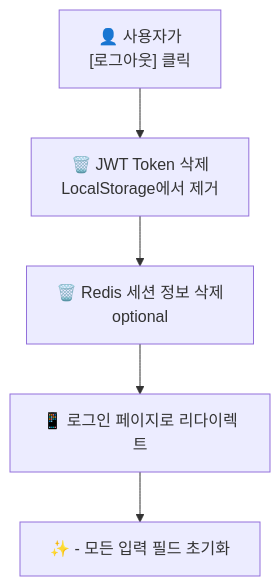
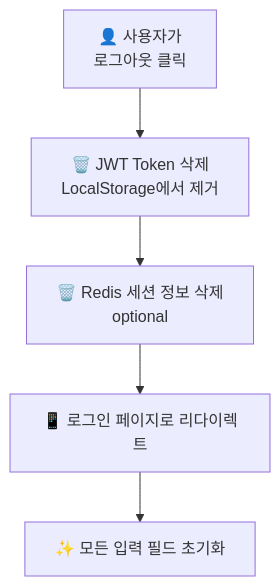
One commit to hamonia777/Real-time-sign-language-translation-service-Backend changed diagram 14 of 15 in doc/USER_FLOW.md. Above: the diagram before and after it, drawn with Mermaid. The commit also changed other lines of this file, not shown here.

Commit message:
FIX : mermaid 코드 에러 수정

````diff
--- a/doc/USER_FLOW.md
+++ b/doc/USER_FLOW.md
@@ -287,7 +304,7 @@
 ```mermaid
 graph TD
-    A["👤 사용자가<br/>[로그아웃] 클릭"] --> B["🗑️ JWT Token 삭제<br/>LocalStorage에서 제거"]
+    A["👤 사용자가<br/>로그아웃 클릭"] --> B["🗑️ JWT Token 삭제<br/>LocalStorage에서 제거"]
     B --> C["🗑️ Redis 세션 정보 삭제<br/>optional"]
     C --> D["📱 로그인 페이지로 리다이렉트"]
-    D --> E["✨ - 모든 입력 필드 초기화"]
+    D --> E["✨ 모든 입력 필드 초기화"]
 ```
````
